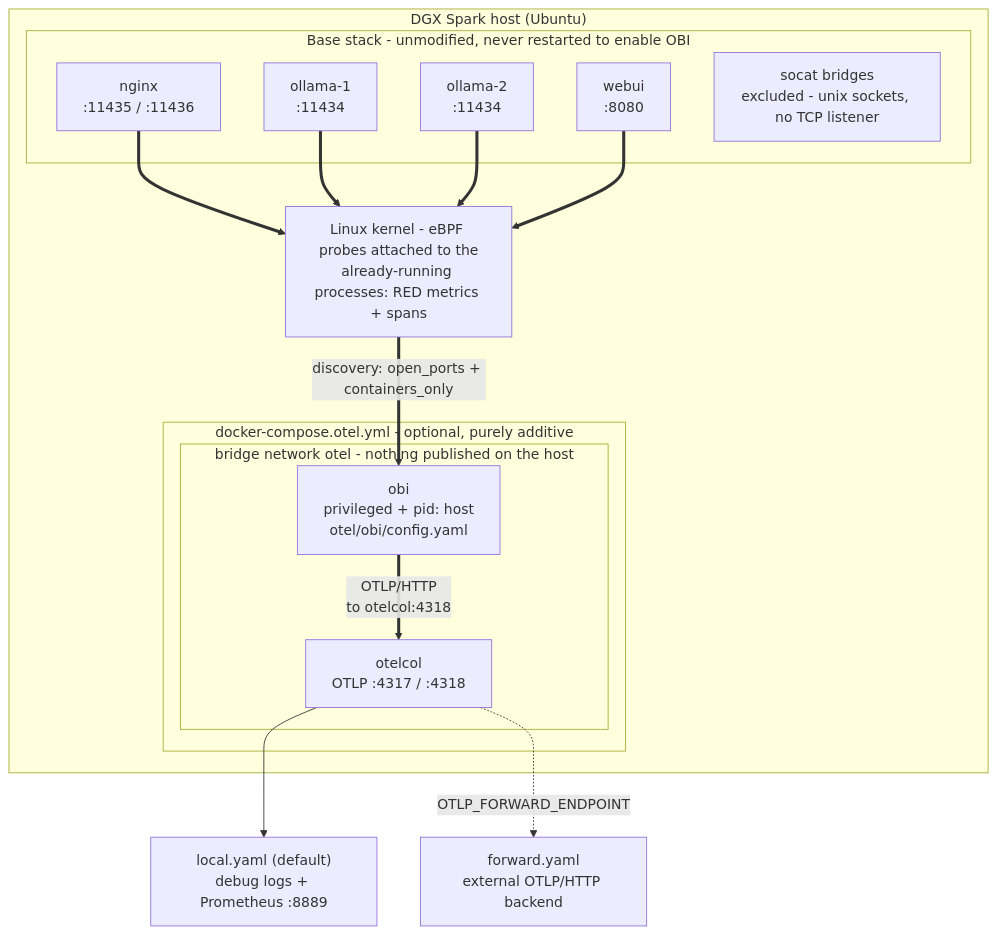
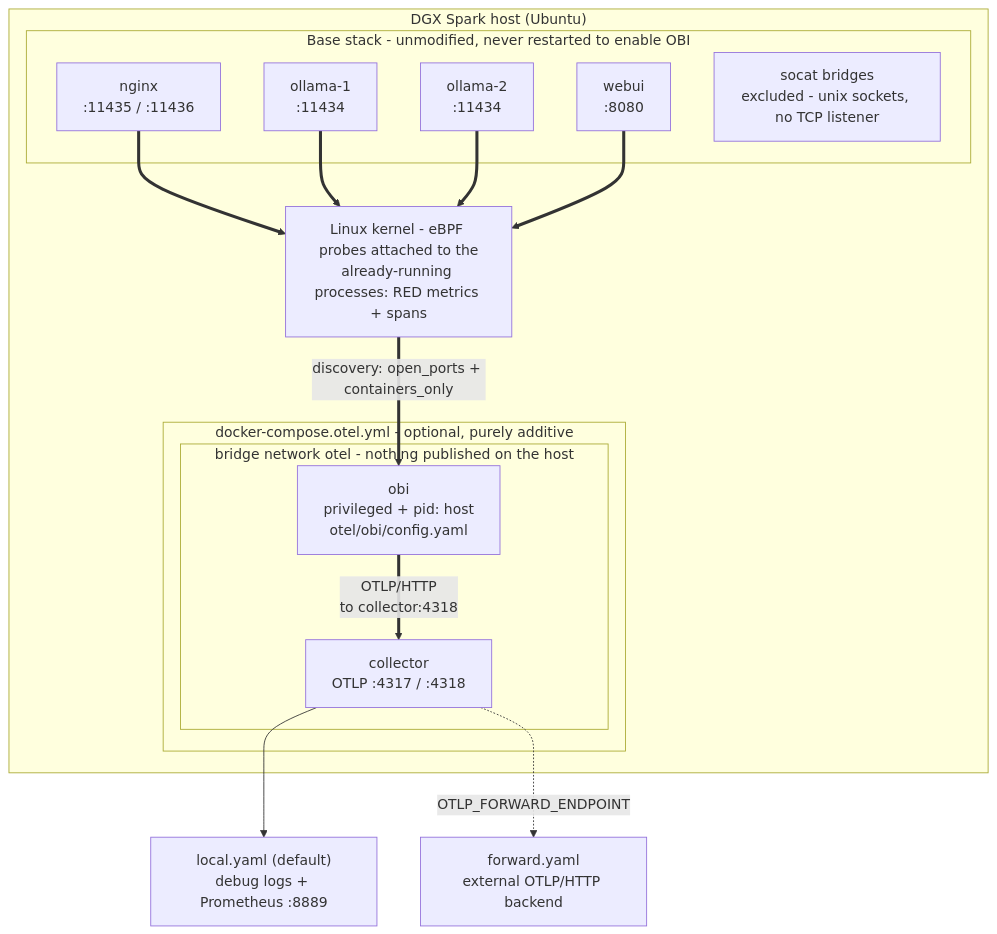
Before and after one commit to SpotDraft/ollama-serve: the diagram in docs/diagrams/otel-flow.mmd, drawn with Mermaid. The commit also changed 9 other files, not shown here.

First line of the commit message:
Rename otelcol to collector now that it is namespaced under otel/

```diff
--- a/docs/diagrams/otel-flow.mmd
+++ b/docs/diagrams/otel-flow.mmd
@@ -1,28 +1,28 @@
 flowchart TD
     subgraph HOST["DGX Spark host (Ubuntu)"]
         subgraph BASE["Base stack - unmodified, never restarted to enable OBI"]
             NGX["nginx<br/>:11435 / :11436"]
             O1["ollama-1<br/>:11434"]
             O2["ollama-2<br/>:11434"]
             W["webui<br/>:8080"]
             SOC["socat bridges<br/>excluded - unix sockets, no TCP listener"]
         end
 
         KERNEL["Linux kernel - eBPF probes attached to the<br/>already-running processes: RED metrics + spans"]
 
         subgraph OVERLAY["docker-compose.otel.yml - optional, purely additive"]
             subgraph OBINET["bridge network otel - nothing published on the host"]
                 OBI["obi<br/>privileged + pid: host<br/>otel/obi/config.yaml"]
-                OC["otelcol<br/>OTLP :4317 / :4318"]
+                OC["collector<br/>OTLP :4317 / :4318"]
             end
         end
     end
 
     LOCAL["local.yaml (default)<br/>debug logs + Prometheus :8889"]
     FWD["forward.yaml<br/>external OTLP/HTTP backend"]
 
     NGX & O1 & O2 & W ==> KERNEL
     KERNEL ==>|"discovery: open_ports + containers_only"| OBI
-    OBI ==>|"OTLP/HTTP<br/>to otelcol:4318"| OC
+    OBI ==>|"OTLP/HTTP<br/>to collector:4318"| OC
     OC --> LOCAL
     OC -.->|"OTLP_FORWARD_ENDPOINT"| FWD
```
